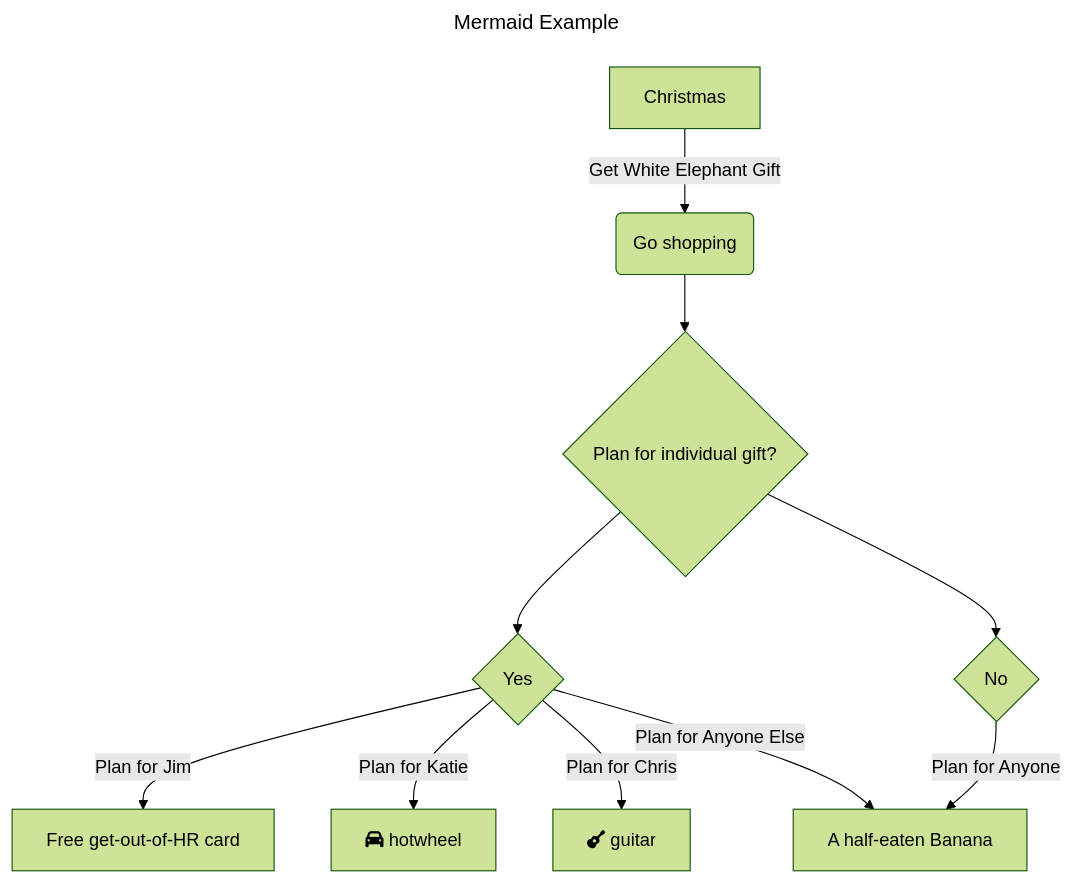
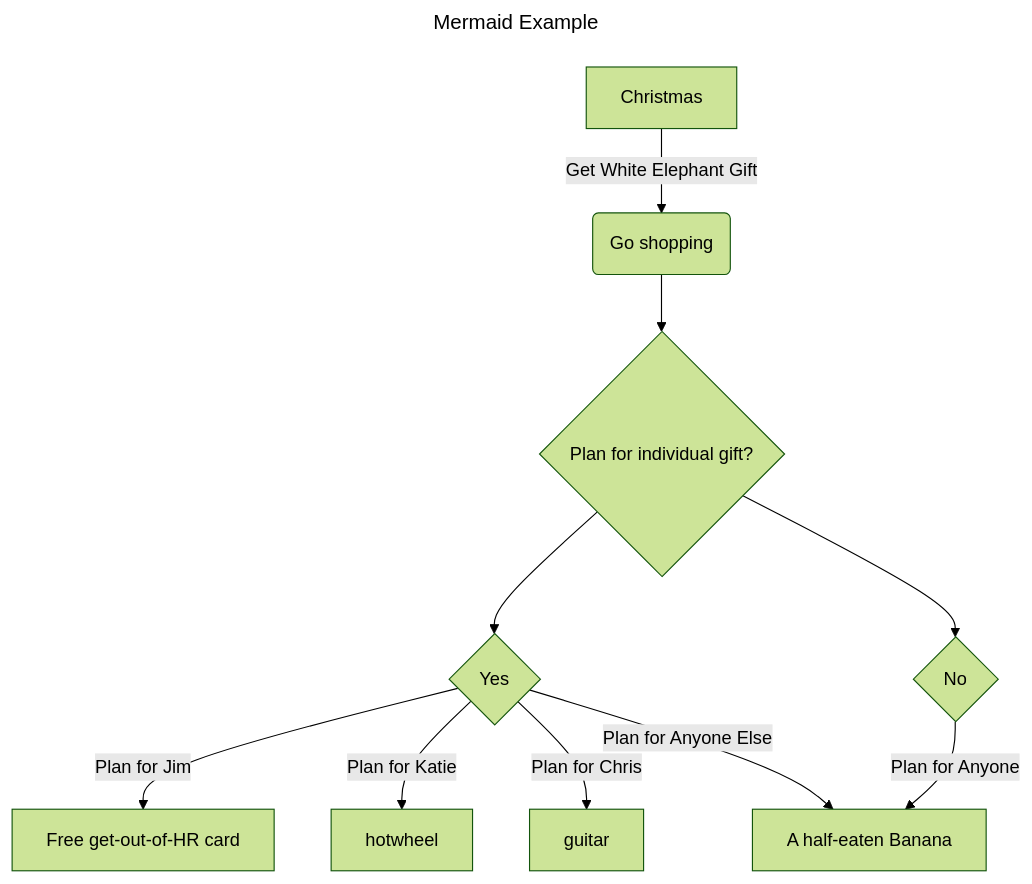
One commit to tzuleger/mermaid-markdown-example changed the diagram in README.md. Above: the diagram before and after it, drawn with Mermaid (forest theme). The commit also changed other lines of this file, not shown here.

````diff
--- a/README.md
+++ b/README.md
@@ -34,15 +34,15 @@
 ```mermaid
 ---
 title: Mermaid Example
 ---
 flowchart TD
     A[Christmas] -->|Get White Elephant Gift| B(Go shopping)
     B --> C{Plan for individual gift?}
     C --> D{Yes}
     C --> H{No}
     D -->|Plan for Jim| E[Free get-out-of-HR card]
-    D -->|Plan for Katie| F[fa:fa-car hotwheel]
-    D -->|Plan for Chris| G[fa:fa-guitar guitar]
+    D -->|Plan for Katie| F[hotwheel]
+    D -->|Plan for Chris| G[guitar]
     D -->|Plan for Anyone Else| I
     H -->|Plan for Anyone| I[A half-eaten Banana]
 ```
````
